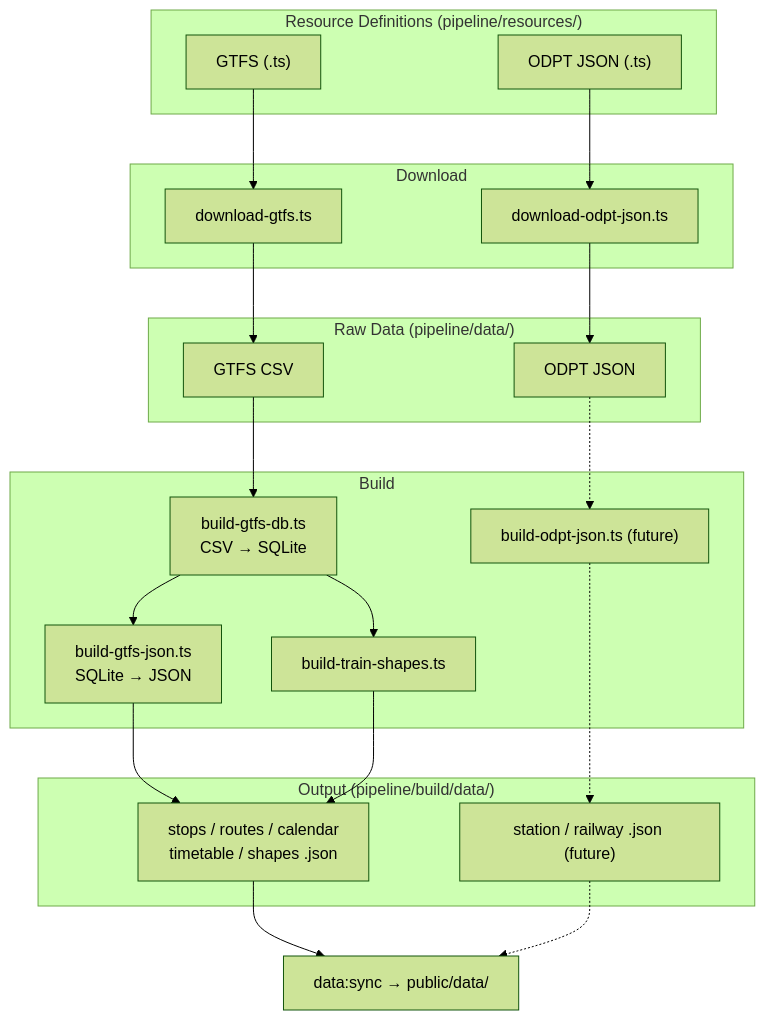
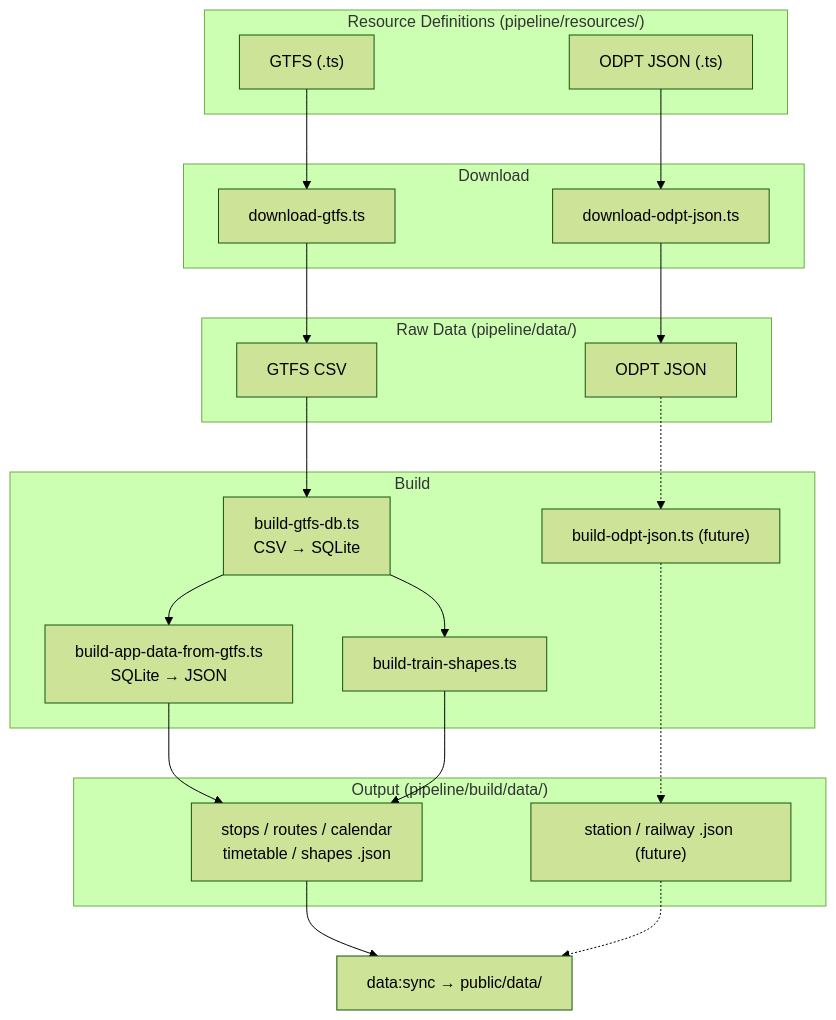
One commit to F88/athenai-transit changed the diagram in pipeline/README.md. Above: the diagram before and after it, drawn with Mermaid (forest theme). The commit also changed other lines of this file and 9 other files, not shown here.

First line of the commit message:
refactor(pipeline): rename build-gtfs-json to build-app-data-from-gtfs

````diff
--- a/pipeline/README.md
+++ b/pipeline/README.md
@@ -32,33 +32,33 @@
 ```mermaid
 flowchart TD
     subgraph src["Resource Definitions (pipeline/resources/)"]
         GR["GTFS (.ts)"]
         OR["ODPT JSON (.ts)"]
     end
 
     subgraph dl["Download"]
         GR --> DG["download-gtfs.ts"]
         OR --> DO["download-odpt-json.ts"]
     end
 
     subgraph raw["Raw Data (pipeline/data/)"]
         DG --> CSV["GTFS CSV"]
         DO --> OJSON["ODPT JSON"]
     end
 
     subgraph build["Build"]
         CSV --> DB["build-gtfs-db.ts<br/>CSV → SQLite"]
-        DB --> BJ["build-gtfs-json.ts<br/>SQLite → JSON"]
+        DB --> BJ["build-app-data-from-gtfs.ts<br/>SQLite → JSON"]
         DB --> BS["build-train-shapes.ts"]
         OJSON -.-> BO["build-odpt-json.ts (future)"]
     end
 
     subgraph out["Output (pipeline/build/data/)"]
         BJ --> JSON["stops / routes / calendar<br/>timetable / shapes .json"]
         BS --> JSON
         BO -.-> JSON2["station / railway .json (future)"]
     end
 
     JSON --> SYNC["data:sync → public/data/"]
     JSON2 -.-> SYNC
 ```
````
